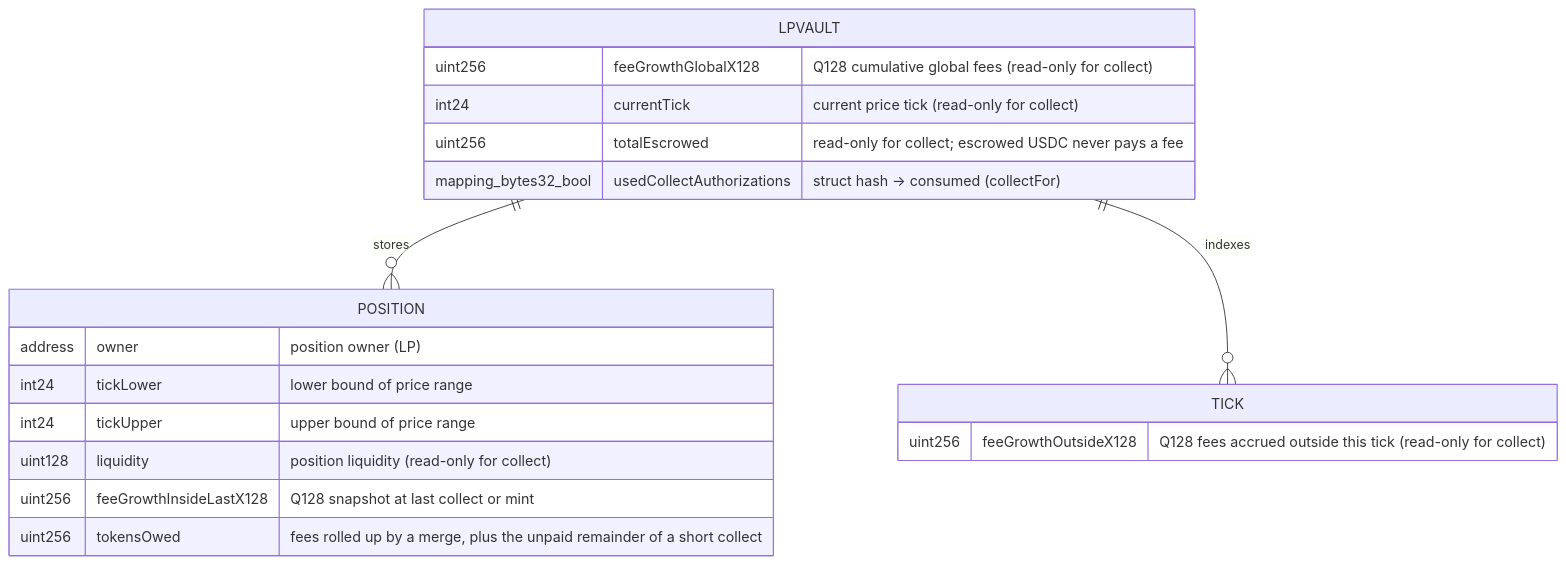
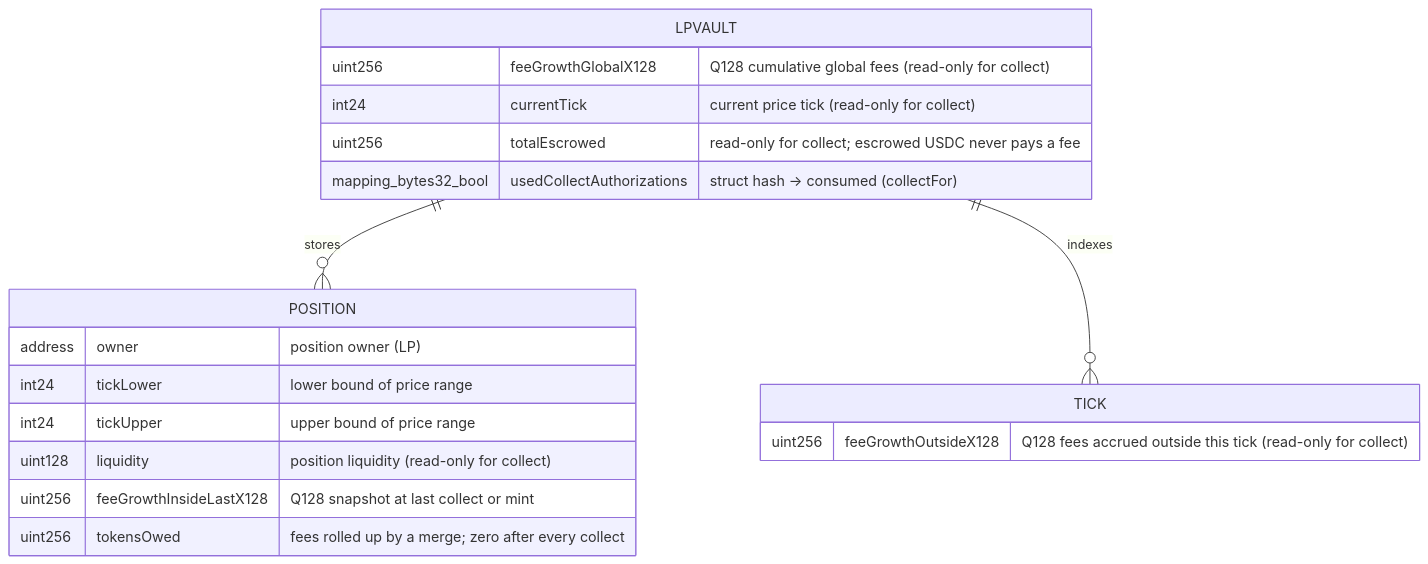
One commit to ProphetMarket/lp-vaults changed the third of 3 diagrams in specs/features/contracts/FEAT-U079-collect-fees-on-a-position/ARCHITECTURE.md. Above: the diagram before and after it, drawn with Mermaid. The commit also changed other lines of this file and 42 other files, not shown here.

````diff
--- a/specs/features/contracts/FEAT-U079-collect-fees-on-a-position/ARCHITECTURE.md
+++ b/specs/features/contracts/FEAT-U079-collect-fees-on-a-position/ARCHITECTURE.md
@@ -70,22 +72,22 @@
 ```mermaid
 erDiagram
     POSITION {
         address owner "position owner (LP)"
         int24 tickLower "lower bound of price range"
         int24 tickUpper "upper bound of price range"
         uint128 liquidity "position liquidity (read-only for collect)"
         uint256 feeGrowthInsideLastX128 "Q128 snapshot at last collect or mint"
-        uint256 tokensOwed "fees rolled up by a merge, plus the unpaid remainder of a short collect"
+        uint256 tokensOwed "fees rolled up by a merge; zero after every collect"
     }
     TICK {
         uint256 feeGrowthOutsideX128 "Q128 fees accrued outside this tick (read-only for collect)"
     }
     LPVAULT {
         uint256 feeGrowthGlobalX128 "Q128 cumulative global fees (read-only for collect)"
         int24 currentTick "current price tick (read-only for collect)"
         uint256 totalEscrowed "read-only for collect; escrowed USDC never pays a fee"
         mapping_bytes32_bool usedCollectAuthorizations "struct hash -> consumed (collectFor)"
     }
     LPVAULT ||--o{ POSITION : "stores"
     LPVAULT ||--o{ TICK : "indexes"
 ```
````
